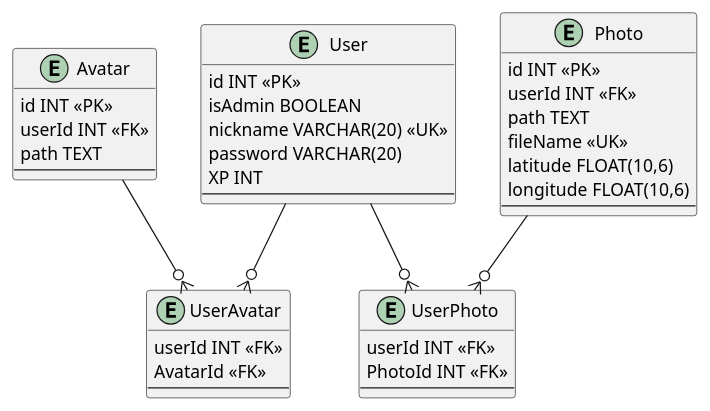
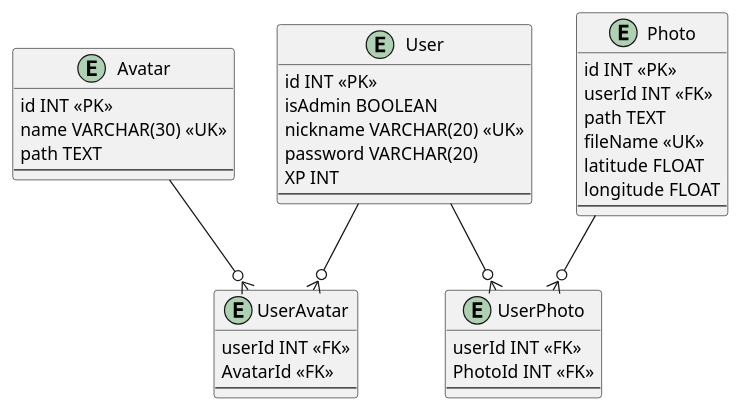
One commit to augusto-dmh/095cm_xrlab_backend changed the diagram in database/design/DER_095.plantuml. Above: the diagram before and after it, drawn with PlantUML.

Commit message:
refactor: DER deprecated types and unused columns
float(10,6) is currently deprecated in mysql and it's now changed to just float. Avatar's 'userId' was not being used and 'name' has been added to avoid avatars having to be identified exclusively from ids - potentially unpleasant for end users.

```diff
--- a/database/design/DER_095.plantuml
+++ b/database/design/DER_095.plantuml
@@ -1,46 +1,46 @@
 @startuml DER
 
 entity User {
     id INT <<PK>>
     isAdmin BOOLEAN
     nickname VARCHAR(20) <<UK>>
     password VARCHAR(20)
     XP INT
     --
 }
 
 entity Avatar {
     id INT <<PK>>
-    userId INT <<FK>>
+    name VARCHAR(30) <<UK>>
     path TEXT
     --
 }
 
 entity UserAvatar {
     userId INT <<FK>>
     AvatarId <<FK>>
     --
 }
 
 entity UserPhoto {
     userId INT <<FK>>
     PhotoId INT <<FK>>
     --
 }
 
 entity Photo {
     id INT <<PK>>
     userId INT <<FK>>
     path TEXT
     fileName <<UK>>
-    latitude FLOAT(10,6)
-    longitude FLOAT(10,6)
+    latitude FLOAT
+    longitude FLOAT
     --
 }
 
 User --o{ UserPhoto
 User --o{ UserAvatar
 Avatar --o{ UserAvatar
 Photo --o{ UserPhoto
 
 @enduml
```
